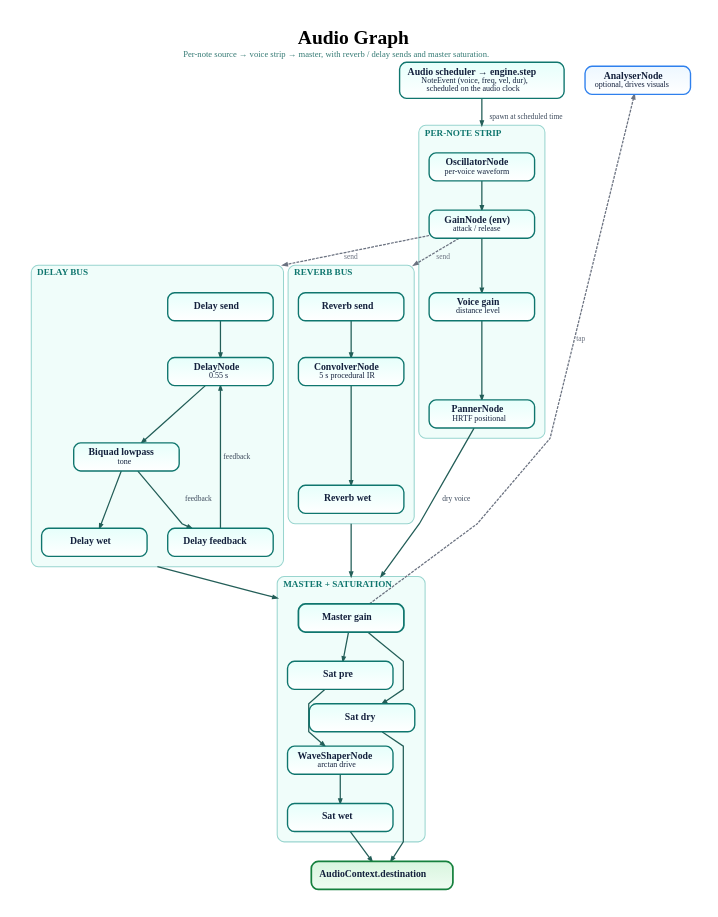
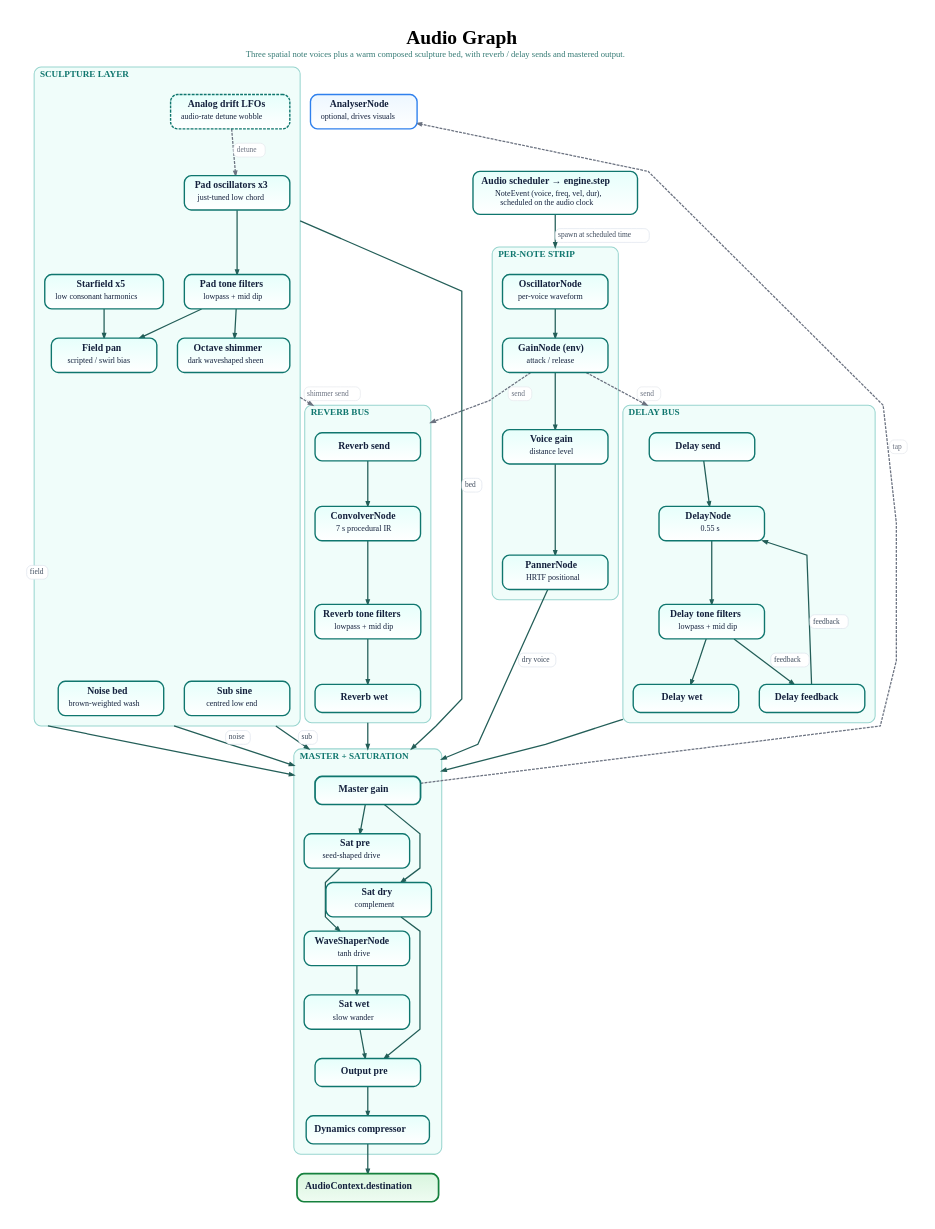
The diagram in docs/diagrams/audio-graph.dot (tre-systems/geno-1), drawn with Graphviz before and after one commit. The commit also changed 7 other files, not shown here.

First line of the commit message:
Tidy graphviz diagrams

```diff
--- a/docs/diagrams/audio-graph.dot
+++ b/docs/diagrams/audio-graph.dot
@@ -14,7 +14,7 @@
     label=<
       <TABLE BORDER="0" CELLBORDER="0" CELLSPACING="0" CELLPADDING="0">
         <TR><TD><FONT POINT-SIZE="34"><B>Audio Graph</B></FONT></TD></TR>
-        <TR><TD><FONT POINT-SIZE="15" COLOR="#357a74">Per-note source → voice strip → master, with reverb / delay sends and master saturation.</FONT></TD></TR>
+        <TR><TD><FONT POINT-SIZE="15" COLOR="#357a74">Three spatial note voices plus a warm composed sculpture bed, with reverb / delay sends and mastered output.</FONT></TD></TR>
       </TABLE>
     >,
     labelloc=t,
@@ -47,7 +47,7 @@
   ];
 
   // ---- Source (engine, host-testable) ----
-  ENG [label=<<B>Audio scheduler → engine.step</B><BR/><FONT POINT-SIZE="14">NoteEvent (voice, freq, vel, dur),<BR/>scheduled on the audio clock</FONT>>, fillcolor="#e6fffb:#ffffff", color="#0f766e"];
+  ENG [label=<<TABLE BORDER="0" CELLBORDER="0" CELLSPACING="0" CELLPADDING="0"><TR><TD><B>Audio scheduler → engine.step</B></TD></TR><TR><TD CELLPADDING="4"><FONT POINT-SIZE="14">NoteEvent (voice, freq, vel, dur),<BR/>scheduled on the audio clock</FONT></TD></TR></TABLE>>, fillcolor="#e6fffb:#ffffff", color="#0f766e"];
 
   // ---- Per-voice strip ----
   subgraph cluster_voice {
@@ -55,11 +55,31 @@
       label=<<TABLE BORDER="0" CELLBORDER="0" CELLSPACING="0" CELLPADDING="2"><TR><TD ALIGN="LEFT"><FONT POINT-SIZE="16" COLOR="#0f766e"><B>PER-NOTE STRIP</B></FONT></TD></TR></TABLE>>,
       labelloc=t, labeljust=l, color="#99d5cf", fillcolor="#f0fdfa", style="rounded,filled", penwidth=1.8, margin=18
     ];
-    OSC [label=<<B>OscillatorNode</B><BR/><FONT POINT-SIZE="14">per-voice waveform</FONT>>];
-    ENV [label=<<B>GainNode (env)</B><BR/><FONT POINT-SIZE="14">attack / release</FONT>>];
-    VG  [label=<<B>Voice gain</B><BR/><FONT POINT-SIZE="14">distance level</FONT>>];
-    PAN [label=<<B>PannerNode</B><BR/><FONT POINT-SIZE="14">HRTF positional</FONT>>];
+    OSC [label=<<TABLE BORDER="0" CELLBORDER="0" CELLSPACING="0" CELLPADDING="0"><TR><TD><B>OscillatorNode</B></TD></TR><TR><TD CELLPADDING="4"><FONT POINT-SIZE="14">per-voice waveform</FONT></TD></TR></TABLE>>];
+    ENV [label=<<TABLE BORDER="0" CELLBORDER="0" CELLSPACING="0" CELLPADDING="0"><TR><TD><B>GainNode (env)</B></TD></TR><TR><TD CELLPADDING="4"><FONT POINT-SIZE="14">attack / release</FONT></TD></TR></TABLE>>];
+    VG  [label=<<TABLE BORDER="0" CELLBORDER="0" CELLSPACING="0" CELLPADDING="0"><TR><TD><B>Voice gain</B></TD></TR><TR><TD CELLPADDING="4"><FONT POINT-SIZE="14">distance level</FONT></TD></TR></TABLE>>];
+    PAN [label=<<TABLE BORDER="0" CELLBORDER="0" CELLSPACING="0" CELLPADDING="0"><TR><TD><B>PannerNode</B></TD></TR><TR><TD CELLPADDING="4"><FONT POINT-SIZE="14">HRTF positional</FONT></TD></TR></TABLE>>];
     OSC -> ENV -> VG -> PAN;
+  }
+
+  // ---- Persistent sculpture layer ----
+  subgraph cluster_sculpture {
+    graph [
+      label=<<TABLE BORDER="0" CELLBORDER="0" CELLSPACING="0" CELLPADDING="2"><TR><TD ALIGN="LEFT"><FONT POINT-SIZE="16" COLOR="#0f766e"><B>SCULPTURE LAYER</B></FONT></TD></TR></TABLE>>,
+      labelloc=t, labeljust=l, color="#99d5cf", fillcolor="#f0fdfa", style="rounded,filled", penwidth=1.8, margin=18
+    ];
+    PAD [label=<<TABLE BORDER="0" CELLBORDER="0" CELLSPACING="0" CELLPADDING="0"><TR><TD><B>Pad oscillators x3</B></TD></TR><TR><TD CELLPADDING="4"><FONT POINT-SIZE="14">just-tuned low chord</FONT></TD></TR></TABLE>>];
+    LFO [label=<<TABLE BORDER="0" CELLBORDER="0" CELLSPACING="0" CELLPADDING="0"><TR><TD><B>Analog drift LFOs</B></TD></TR><TR><TD CELLPADDING="4"><FONT POINT-SIZE="14">audio-rate detune wobble</FONT></TD></TR></TABLE>>, style="rounded,filled,dashed"];
+    PLP [label=<<TABLE BORDER="0" CELLBORDER="0" CELLSPACING="0" CELLPADDING="0"><TR><TD><B>Pad tone filters</B></TD></TR><TR><TD CELLPADDING="4"><FONT POINT-SIZE="14">lowpass + mid dip</FONT></TD></TR></TABLE>>];
+    SUB [label=<<TABLE BORDER="0" CELLBORDER="0" CELLSPACING="0" CELLPADDING="0"><TR><TD><B>Sub sine</B></TD></TR><TR><TD CELLPADDING="4"><FONT POINT-SIZE="14">centred low end</FONT></TD></TR></TABLE>>];
+    NOI [label=<<TABLE BORDER="0" CELLBORDER="0" CELLSPACING="0" CELLPADDING="0"><TR><TD><B>Noise bed</B></TD></TR><TR><TD CELLPADDING="4"><FONT POINT-SIZE="14">brown-weighted wash</FONT></TD></TR></TABLE>>];
+    STR [label=<<TABLE BORDER="0" CELLBORDER="0" CELLSPACING="0" CELLPADDING="0"><TR><TD><B>Starfield x5</B></TD></TR><TR><TD CELLPADDING="4"><FONT POINT-SIZE="14">low consonant harmonics</FONT></TD></TR></TABLE>>];
+    SHM [label=<<TABLE BORDER="0" CELLBORDER="0" CELLSPACING="0" CELLPADDING="0"><TR><TD><B>Octave shimmer</B></TD></TR><TR><TD CELLPADDING="4"><FONT POINT-SIZE="14">dark waveshaped sheen</FONT></TD></TR></TABLE>>];
+    FP  [label=<<TABLE BORDER="0" CELLBORDER="0" CELLSPACING="0" CELLPADDING="0"><TR><TD><B>Field pan</B></TD></TR><TR><TD CELLPADDING="4"><FONT POINT-SIZE="14">scripted / swirl bias</FONT></TD></TR></TABLE>>];
+    LFO -> PAD [label=<<TABLE BORDER="1" CELLBORDER="0" STYLE="ROUNDED" COLOR="#dfe3e9" BGCOLOR="#ffffff" CELLSPACING="0" CELLPADDING="4"><TR><TD><FONT POINT-SIZE="13" COLOR="#6b7280">detune</FONT></TD></TR></TABLE>>, style=dashed, color="#6b7280", fontcolor="#6b7280"];
+    PAD -> PLP -> FP;
+    STR -> FP;
+    PLP -> SHM;
   }
 
   // ---- Delay bus ----
@@ -69,12 +89,12 @@
       labelloc=t, labeljust=l, color="#99d5cf", fillcolor="#f0fdfa", style="rounded,filled", penwidth=1.8, margin=18
     ];
     DS [label=<<B>Delay send</B>>];
-    DL [label=<<B>DelayNode</B><BR/><FONT POINT-SIZE="14">0.55 s</FONT>>];
-    LT [label=<<B>Biquad lowpass</B><BR/><FONT POINT-SIZE="14">tone</FONT>>];
+    DL [label=<<TABLE BORDER="0" CELLBORDER="0" CELLSPACING="0" CELLPADDING="0"><TR><TD><B>DelayNode</B></TD></TR><TR><TD CELLPADDING="4"><FONT POINT-SIZE="14">0.55 s</FONT></TD></TR></TABLE>>];
+    LT [label=<<TABLE BORDER="0" CELLBORDER="0" CELLSPACING="0" CELLPADDING="0"><TR><TD><B>Delay tone filters</B></TD></TR><TR><TD CELLPADDING="4"><FONT POINT-SIZE="14">lowpass + mid dip</FONT></TD></TR></TABLE>>];
     DF [label=<<B>Delay feedback</B>>];
     DW [label=<<B>Delay wet</B>>];
     DS -> DL -> LT;
-    LT -> DF -> DL [label="feedback"];
+    LT -> DF -> DL [label=<<TABLE BORDER="1" CELLBORDER="0" STYLE="ROUNDED" COLOR="#d7dee8" BGCOLOR="#ffffff" CELLSPACING="0" CELLPADDING="4"><TR><TD><FONT POINT-SIZE="13" COLOR="#3d4a5c">feedback</FONT></TD></TR></TABLE>>];
     LT -> DW;
   }
 
@@ -85,9 +105,10 @@
       labelloc=t, labeljust=l, color="#99d5cf", fillcolor="#f0fdfa", style="rounded,filled", penwidth=1.8, margin=18
     ];
     RS [label=<<B>Reverb send</B>>];
-    CV [label=<<B>ConvolverNode</B><BR/><FONT POINT-SIZE="14">5 s procedural IR</FONT>>];
+    CV [label=<<TABLE BORDER="0" CELLBORDER="0" CELLSPACING="0" CELLPADDING="0"><TR><TD><B>ConvolverNode</B></TD></TR><TR><TD CELLPADDING="4"><FONT POINT-SIZE="14">7 s procedural IR</FONT></TD></TR></TABLE>>];
+    RT [label=<<TABLE BORDER="0" CELLBORDER="0" CELLSPACING="0" CELLPADDING="0"><TR><TD><B>Reverb tone filters</B></TD></TR><TR><TD CELLPADDING="4"><FONT POINT-SIZE="14">lowpass + mid dip</FONT></TD></TR></TABLE>>];
     RW [label=<<B>Reverb wet</B>>];
-    RS -> CV -> RW;
+    RS -> CV -> RT -> RW;
   }
 
   // ---- Master + saturation ----
@@ -97,26 +118,35 @@
       labelloc=t, labeljust=l, color="#99d5cf", fillcolor="#f0fdfa", style="rounded,filled", penwidth=1.8, margin=18
     ];
     MAS [label=<<B>Master gain</B>>, penwidth=3.0];
-    SP  [label=<<B>Sat pre</B>>];
-    WS  [label=<<B>WaveShaperNode</B><BR/><FONT POINT-SIZE="14">arctan drive</FONT>>];
-    SW  [label=<<B>Sat wet</B>>];
-    SD  [label=<<B>Sat dry</B>>];
+    SP  [label=<<TABLE BORDER="0" CELLBORDER="0" CELLSPACING="0" CELLPADDING="0"><TR><TD><B>Sat pre</B></TD></TR><TR><TD CELLPADDING="4"><FONT POINT-SIZE="14">seed-shaped drive</FONT></TD></TR></TABLE>>];
+    WS  [label=<<TABLE BORDER="0" CELLBORDER="0" CELLSPACING="0" CELLPADDING="0"><TR><TD><B>WaveShaperNode</B></TD></TR><TR><TD CELLPADDING="4"><FONT POINT-SIZE="14">tanh drive</FONT></TD></TR></TABLE>>];
+    SW  [label=<<TABLE BORDER="0" CELLBORDER="0" CELLSPACING="0" CELLPADDING="0"><TR><TD><B>Sat wet</B></TD></TR><TR><TD CELLPADDING="4"><FONT POINT-SIZE="14">slow wander</FONT></TD></TR></TABLE>>];
+    SD  [label=<<TABLE BORDER="0" CELLBORDER="0" CELLSPACING="0" CELLPADDING="0"><TR><TD><B>Sat dry</B></TD></TR><TR><TD CELLPADDING="4"><FONT POINT-SIZE="14">complement</FONT></TD></TR></TABLE>>];
+    OP  [label=<<B>Output pre</B>>];
+    CMP [label=<<B>Dynamics compressor</B>>];
     MAS -> SP -> WS -> SW;
     MAS -> SD;
+    SW -> OP;
+    SD -> OP;
+    OP -> CMP;
   }
 
   // ---- Outputs ----
   DEST [label=<<B>AudioContext.destination</B>>, fillcolor="#d8f5de:#effcf2", color="#15803d", penwidth=3.0];
-  AN   [label=<<B>AnalyserNode</B><BR/><FONT POINT-SIZE="14">optional, drives visuals</FONT>>, fillcolor="#edf7ff:#ffffff", color="#2f80ed"];
+  AN   [label=<<TABLE BORDER="0" CELLBORDER="0" CELLSPACING="0" CELLPADDING="0"><TR><TD><B>AnalyserNode</B></TD></TR><TR><TD CELLPADDING="4"><FONT POINT-SIZE="14">optional, drives visuals</FONT></TD></TR></TABLE>>, fillcolor="#edf7ff:#ffffff", color="#2f80ed"];
 
   // ---- Cross-cluster wiring ----
-  ENG -> OSC [label="spawn at scheduled time", lhead=cluster_voice];
-  PAN -> MAS [label="dry voice", lhead=cluster_master];
-  ENV -> DS  [label="send", style=dashed, color="#6b7280", fontcolor="#6b7280", lhead=cluster_delay];
-  ENV -> RS  [label="send", style=dashed, color="#6b7280", fontcolor="#6b7280", lhead=cluster_reverb];
+  ENG -> OSC [label=<<TABLE BORDER="1" CELLBORDER="0" STYLE="ROUNDED" COLOR="#d7dee8" BGCOLOR="#ffffff" CELLSPACING="0" CELLPADDING="4"><TR><TD><FONT POINT-SIZE="13" COLOR="#3d4a5c">spawn at scheduled time</FONT></TD></TR></TABLE>>, lhead=cluster_voice];
+  PAD -> MAS [label=<<TABLE BORDER="1" CELLBORDER="0" STYLE="ROUNDED" COLOR="#d7dee8" BGCOLOR="#ffffff" CELLSPACING="0" CELLPADDING="4"><TR><TD><FONT POINT-SIZE="13" COLOR="#3d4a5c">bed</FONT></TD></TR></TABLE>>, ltail=cluster_sculpture, lhead=cluster_master];
+  SUB -> MAS [label=<<TABLE BORDER="1" CELLBORDER="0" STYLE="ROUNDED" COLOR="#d7dee8" BGCOLOR="#ffffff" CELLSPACING="0" CELLPADDING="4"><TR><TD><FONT POINT-SIZE="13" COLOR="#3d4a5c">sub</FONT></TD></TR></TABLE>>, ltail=cluster_sculpture, lhead=cluster_master];
+  NOI -> MAS [label=<<TABLE BORDER="1" CELLBORDER="0" STYLE="ROUNDED" COLOR="#d7dee8" BGCOLOR="#ffffff" CELLSPACING="0" CELLPADDING="4"><TR><TD><FONT POINT-SIZE="13" COLOR="#3d4a5c">noise</FONT></TD></TR></TABLE>>, ltail=cluster_sculpture, lhead=cluster_master];
+  FP  -> MAS [label=<<TABLE BORDER="1" CELLBORDER="0" STYLE="ROUNDED" COLOR="#d7dee8" BGCOLOR="#ffffff" CELLSPACING="0" CELLPADDING="4"><TR><TD><FONT POINT-SIZE="13" COLOR="#3d4a5c">field</FONT></TD></TR></TABLE>>, ltail=cluster_sculpture, lhead=cluster_master];
+  SHM -> RS  [label=<<TABLE BORDER="1" CELLBORDER="0" STYLE="ROUNDED" COLOR="#dfe3e9" BGCOLOR="#ffffff" CELLSPACING="0" CELLPADDING="4"><TR><TD><FONT POINT-SIZE="13" COLOR="#6b7280">shimmer send</FONT></TD></TR></TABLE>>, style=dashed, color="#6b7280", fontcolor="#6b7280", ltail=cluster_sculpture, lhead=cluster_reverb];
+  PAN -> MAS [label=<<TABLE BORDER="1" CELLBORDER="0" STYLE="ROUNDED" COLOR="#d7dee8" BGCOLOR="#ffffff" CELLSPACING="0" CELLPADDING="4"><TR><TD><FONT POINT-SIZE="13" COLOR="#3d4a5c">dry voice</FONT></TD></TR></TABLE>>, lhead=cluster_master];
+  ENV -> DS  [label=<<TABLE BORDER="1" CELLBORDER="0" STYLE="ROUNDED" COLOR="#dfe3e9" BGCOLOR="#ffffff" CELLSPACING="0" CELLPADDING="4"><TR><TD><FONT POINT-SIZE="13" COLOR="#6b7280">send</FONT></TD></TR></TABLE>>, style=dashed, color="#6b7280", fontcolor="#6b7280", lhead=cluster_delay];
+  ENV -> RS  [label=<<TABLE BORDER="1" CELLBORDER="0" STYLE="ROUNDED" COLOR="#dfe3e9" BGCOLOR="#ffffff" CELLSPACING="0" CELLPADDING="4"><TR><TD><FONT POINT-SIZE="13" COLOR="#6b7280">send</FONT></TD></TR></TABLE>>, style=dashed, color="#6b7280", fontcolor="#6b7280", lhead=cluster_reverb];
   DW  -> MAS [ltail=cluster_delay, lhead=cluster_master];
   RW  -> MAS [ltail=cluster_reverb, lhead=cluster_master];
-  SW  -> DEST;
-  SD  -> DEST;
-  MAS -> AN [label="tap", style=dashed, color="#6b7280", fontcolor="#6b7280", constraint=false];
+  CMP -> DEST;
+  MAS -> AN [label=<<TABLE BORDER="1" CELLBORDER="0" STYLE="ROUNDED" COLOR="#dfe3e9" BGCOLOR="#ffffff" CELLSPACING="0" CELLPADDING="4"><TR><TD><FONT POINT-SIZE="13" COLOR="#6b7280">tap</FONT></TD></TR></TABLE>>, style=dashed, color="#6b7280", fontcolor="#6b7280", constraint=false];
 }
```
